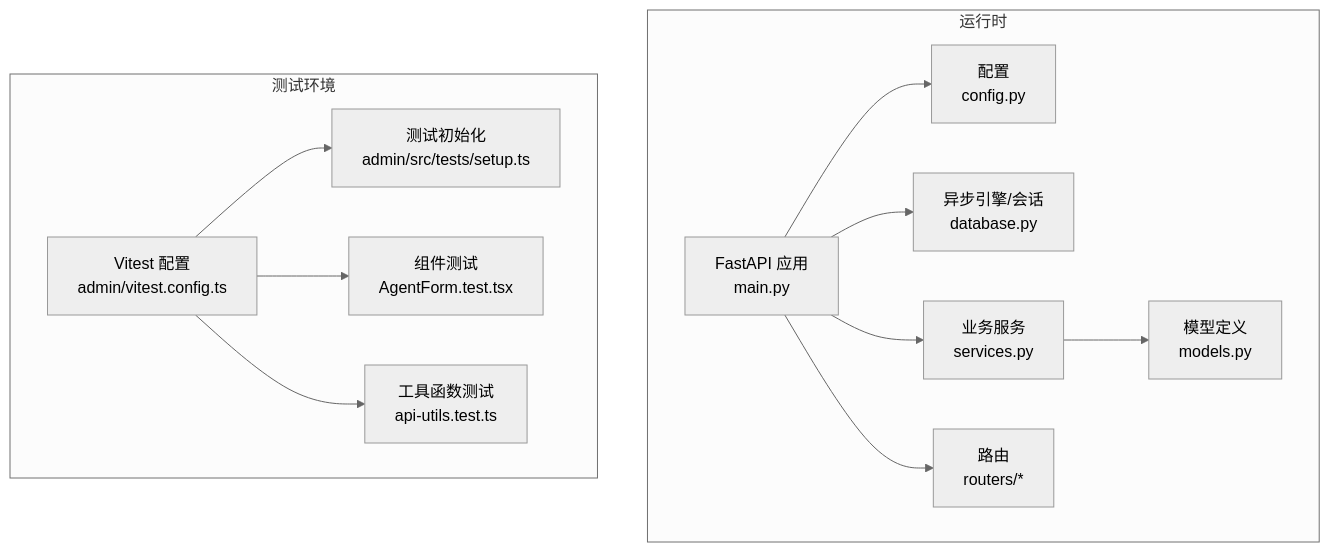
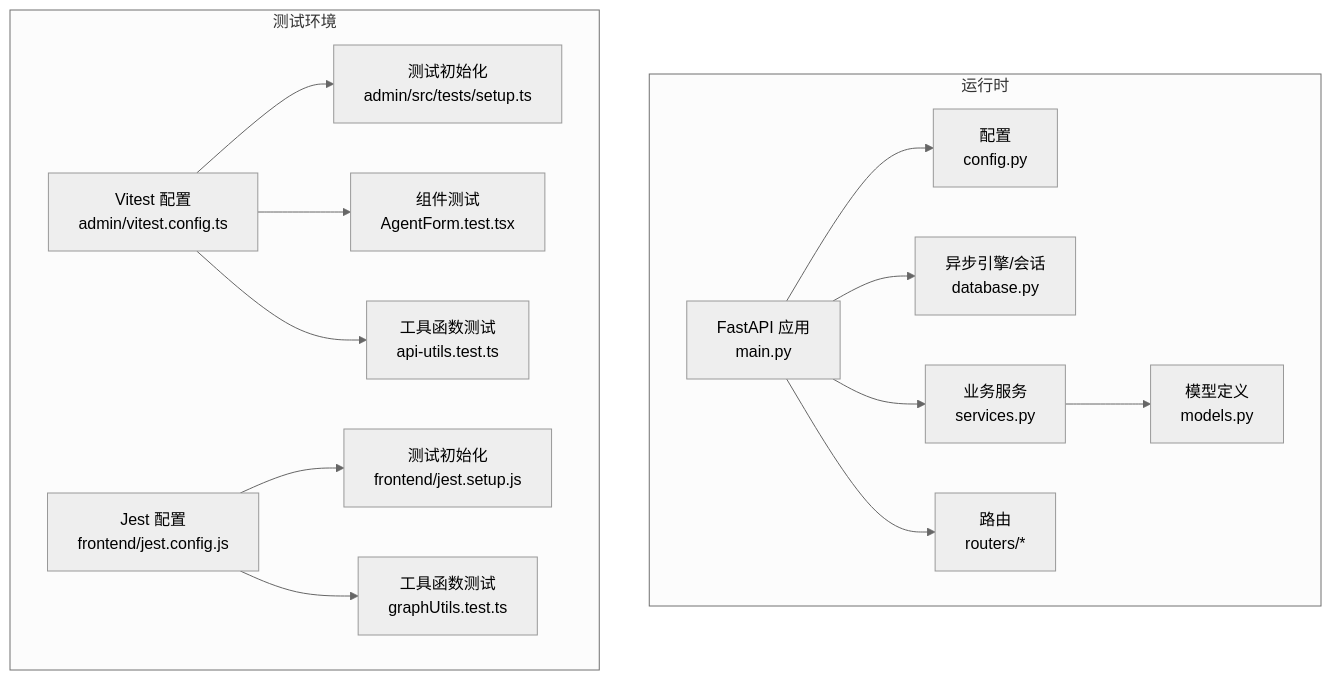
One commit to KunLabAI/KunFlix changed the second of 5 diagrams in .qoder/repowiki/zh/content/开发工具链/测试框架.md. Above: the diagram before and after it, drawn with Mermaid (neutral theme). The commit also changed other lines of this file and 88 other files, not shown here.

````diff
--- a/.qoder/repowiki/zh/content/开发工具链/测试框架.md
+++ b/.qoder/repowiki/zh/content/开发工具链/测试框架.md
@@ -110,25 +129,30 @@
 ```mermaid
 graph TB
 subgraph "运行时"
 RT_app["FastAPI 应用<br/>main.py"]
 RT_cfg["配置<br/>config.py"]
 RT_db["异步引擎/会话<br/>database.py"]
 RT_svc["业务服务<br/>services.py"]
 RT_models["模型定义<br/>models.py"]
 RT_routers["路由<br/>routers/*"]
 end
 subgraph "测试环境"
 VT_cfg["Vitest 配置<br/>admin/vitest.config.ts"]
 VT_setup["测试初始化<br/>admin/src/tests/setup.ts"]
 VT_unit1["组件测试<br/>AgentForm.test.tsx"]
 VT_unit2["工具函数测试<br/>api-utils.test.ts"]
+JEST_cfg["Jest 配置<br/>frontend/jest.config.js"]
+JEST_setup["测试初始化<br/>frontend/jest.setup.js"]
+JEST_unit1["工具函数测试<br/>graphUtils.test.ts"]
 end
 RT_app --> RT_cfg
 RT_app --> RT_db
 RT_app --> RT_svc
 RT_svc --> RT_models
 RT_app --> RT_routers
 VT_cfg --> VT_setup
 VT_cfg --> VT_unit1
 VT_cfg --> VT_unit2
+JEST_cfg --> JEST_setup
+JEST_cfg --> JEST_unit1
 ```
````
